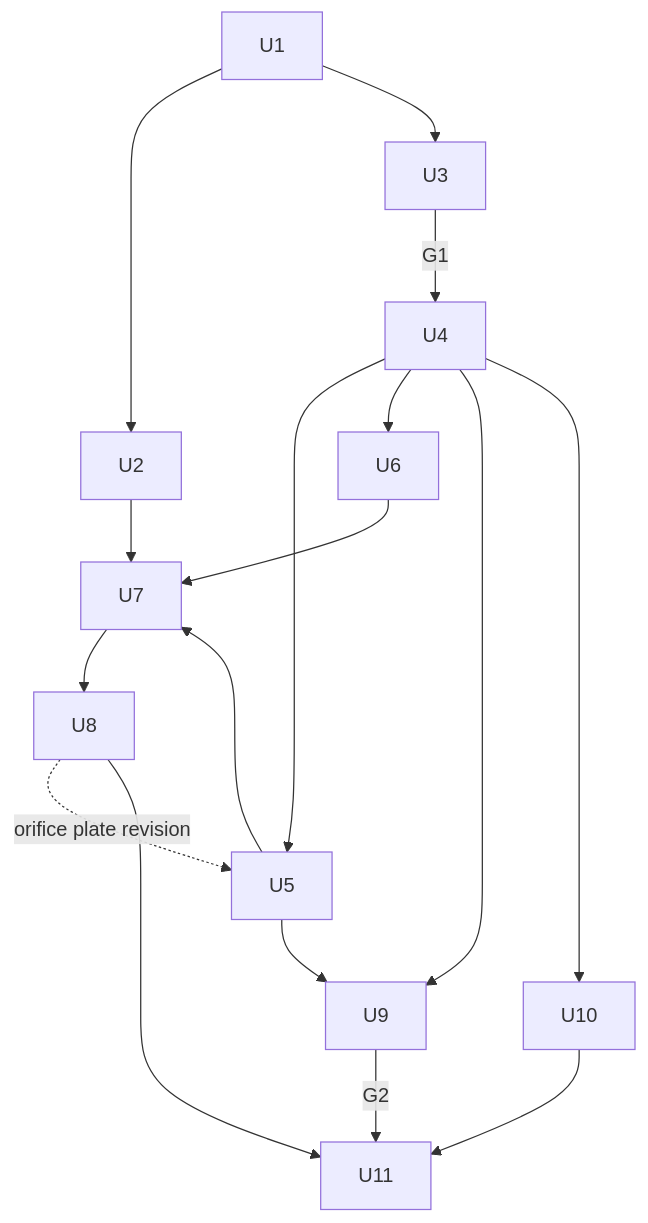
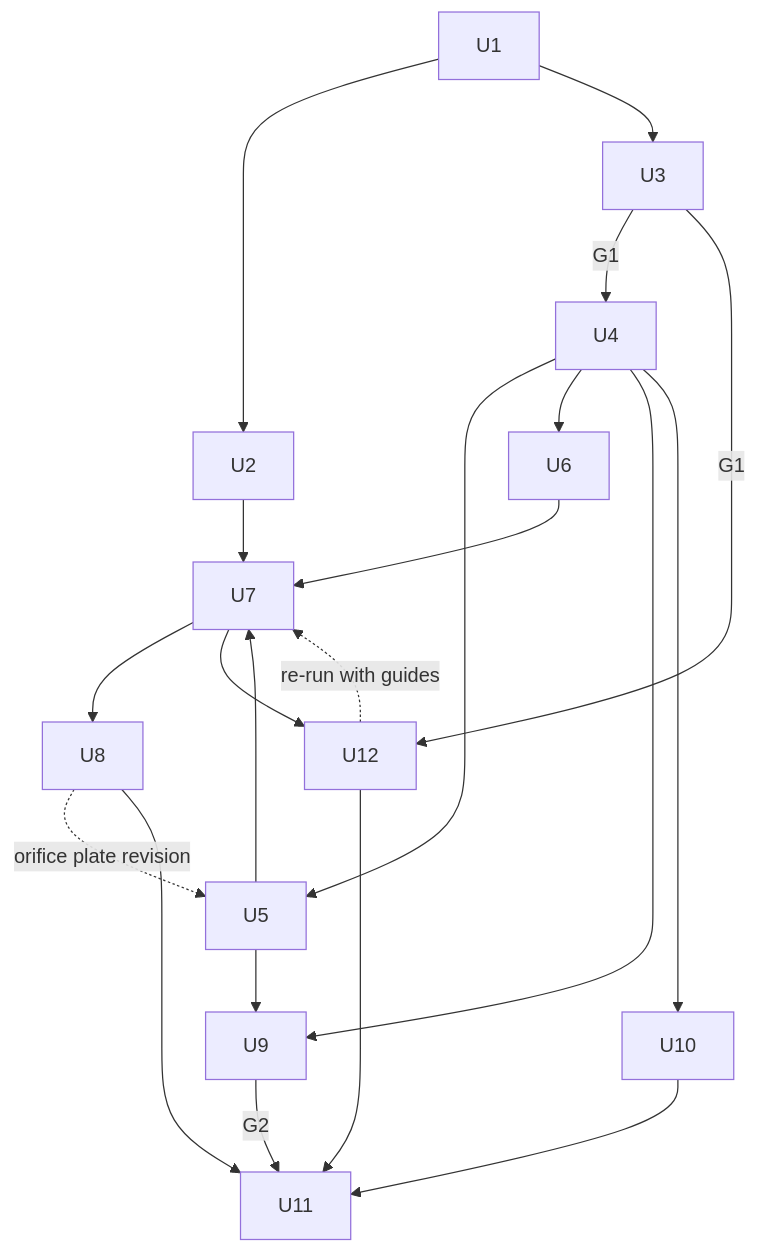
The third of 3 diagrams in docs/plans/2026-11-15-001-feat-fuselage-cooling-plan.md (Stab-Rabbit-coding/Serenity-UAV), drawn with Mermaid before and after one commit. The commit also changed other lines of this file, not shown here.

First line of the commit message:
docs(plans): measured baseline and node flow guides for the cooling plan (#290)

````diff
--- a/docs/plans/2026-11-15-001-feat-fuselage-cooling-plan.md
+++ b/docs/plans/2026-11-15-001-feat-fuselage-cooling-plan.md
@@ -211,19 +212,23 @@
 ```mermaid
 flowchart TB
   U1 --> U2
   U1 --> U3
   U3 -->|G1| U4
   U4 --> U5
   U4 --> U6
   U2 --> U7
   U5 --> U7
   U6 --> U7
   U7 --> U8
   U8 -.->|orifice plate revision| U5
   U4 --> U9
   U5 --> U9
   U4 --> U10
   U8 --> U11
   U9 -->|G2| U11
   U10 --> U11
+  U3 -->|G1| U12
+  U7 --> U12
+  U12 -.->|re-run with guides| U7
+  U12 --> U11
 ```
````
